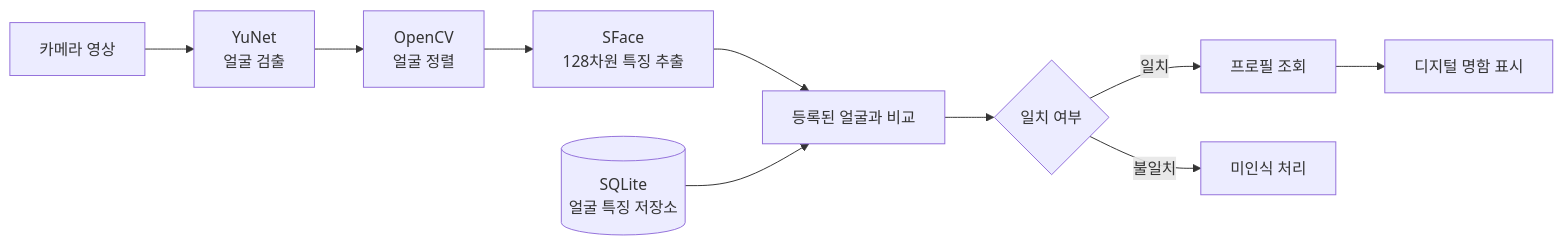
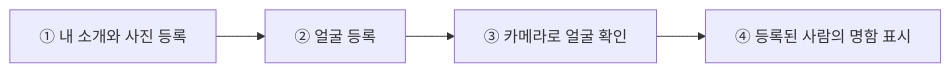
The diagram in README.md (SkyBluekor/APPPOFO-PUBLIC), drawn with Mermaid before and after one commit. The commit also changed other lines of this file and 5 other files, not shown here.

````diff
--- a/README.md
+++ b/README.md
@@ -35,12 +22,6 @@
 ```mermaid
 flowchart LR
-    A["카메라 영상"] --> B["YuNet<br/>얼굴 검출"]
-    B --> C["OpenCV<br/>얼굴 정렬"]
-    C --> D["SFace<br/>128차원 특징 추출"]
-    D --> E["등록된 얼굴과 비교"]
-    F[("SQLite<br/>얼굴 특징 저장소")] --> E
-    E --> G{"일치 여부"}
-    G -->|일치| H["프로필 조회"]
-    H --> I["디지털 명함 표시"]
-    G -->|불일치| J["미인식 처리"]
+  A["① 내 소개와 사진 등록"] --> B["② 얼굴 등록"]
+  B --> C["③ 카메라로 얼굴 확인"]
+  C --> D["④ 등록된 사람의 명함 표시"]
 ```
````
